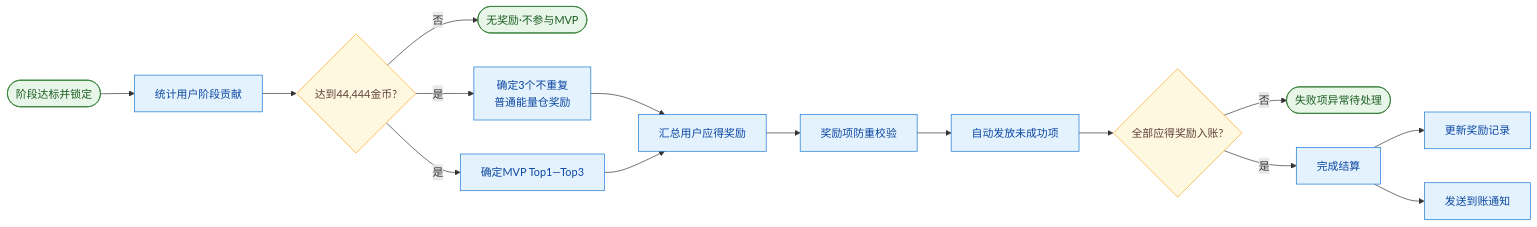
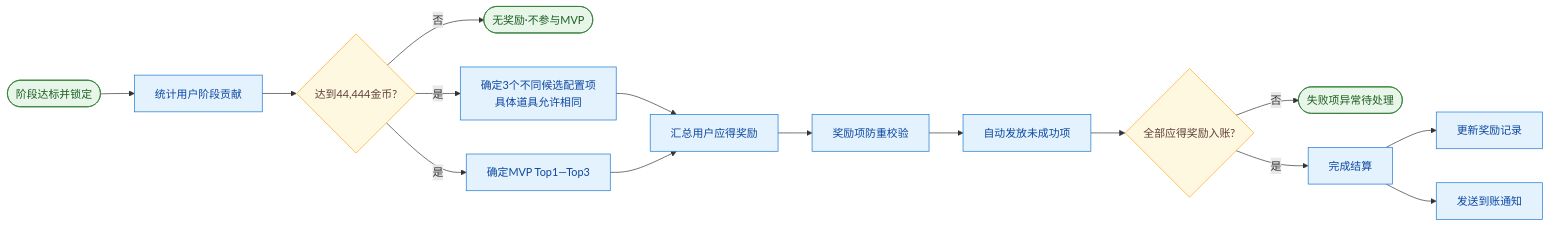
One commit to Chawucikela/TOP-KHALIJ changed the first of 5 diagrams in 房间飞船挑战/星际飞船-能量仓奖励业务流程图.mmd. Above: the diagram before and after it, drawn with Mermaid. The commit also changed other lines of this file and 20 other files, not shown here.

````diff
--- a/房间飞船挑战/星际飞船-能量仓奖励业务流程图.mmd
+++ b/房间飞船挑战/星际飞船-能量仓奖励业务流程图.mmd
@@ -7,25 +7,25 @@
 ```mermaid
 flowchart LR
     A([阶段达标并锁定]) --> B[统计用户阶段贡献]
     B --> C{达到44,444金币?}
     C -- 否 --> D([无奖励·不参与MVP])
-    C -- 是 --> E[确定3个不重复<br/>普通能量仓奖励]
+    C -- 是 --> E[确定3个不同候选配置项<br/>具体道具允许相同]
     C -- 是 --> F[确定MVP Top1—Top3]
     E --> G[汇总用户应得奖励]
     F --> G
     G --> H[奖励项防重校验]
     H --> I[自动发放未成功项]
     I --> J{全部应得奖励入账?}
     J -- 否 --> K([失败项异常待处理])
     J -- 是 --> L[完成结算]
     L --> M[更新奖励记录]
     L --> N[发送到账通知]
 
     classDef startEnd fill:#E8F5E9,stroke:#2E7D32,color:#1B5E20;
     classDef decision fill:#FFF8E1,stroke:#F9A825,color:#5D4037;
     classDef process fill:#E3F2FD,stroke:#1976D2,color:#0D47A1;
     classDef exception fill:#FFEBEE,stroke:#C62828,color:#B71C1C;
     class A,D,K startEnd;
     class C,J decision;
     class B,E,F,G,H,I,L,M,N process;
 ```
````
